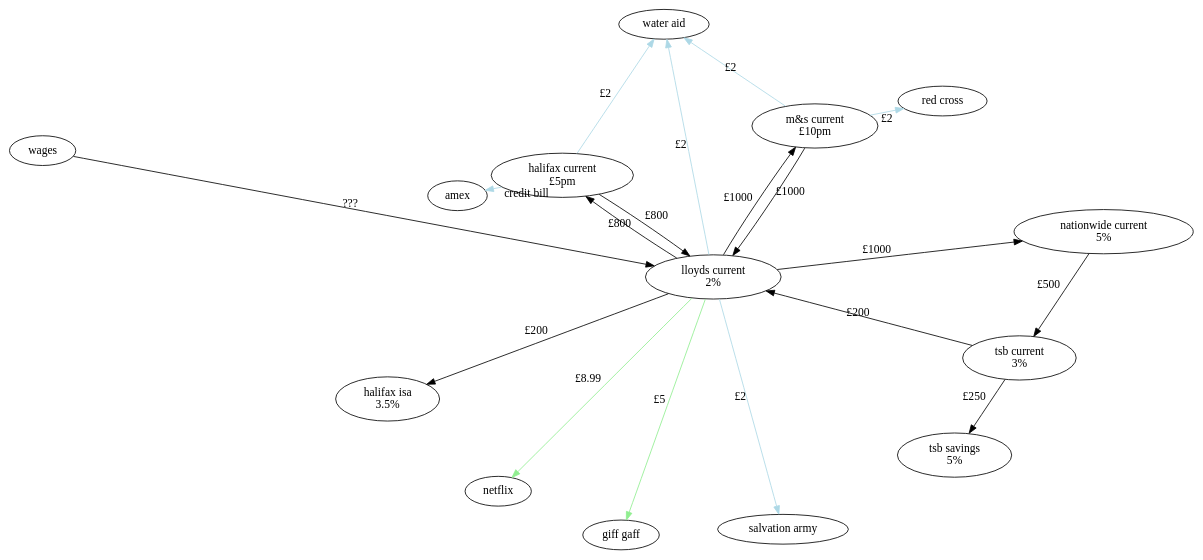
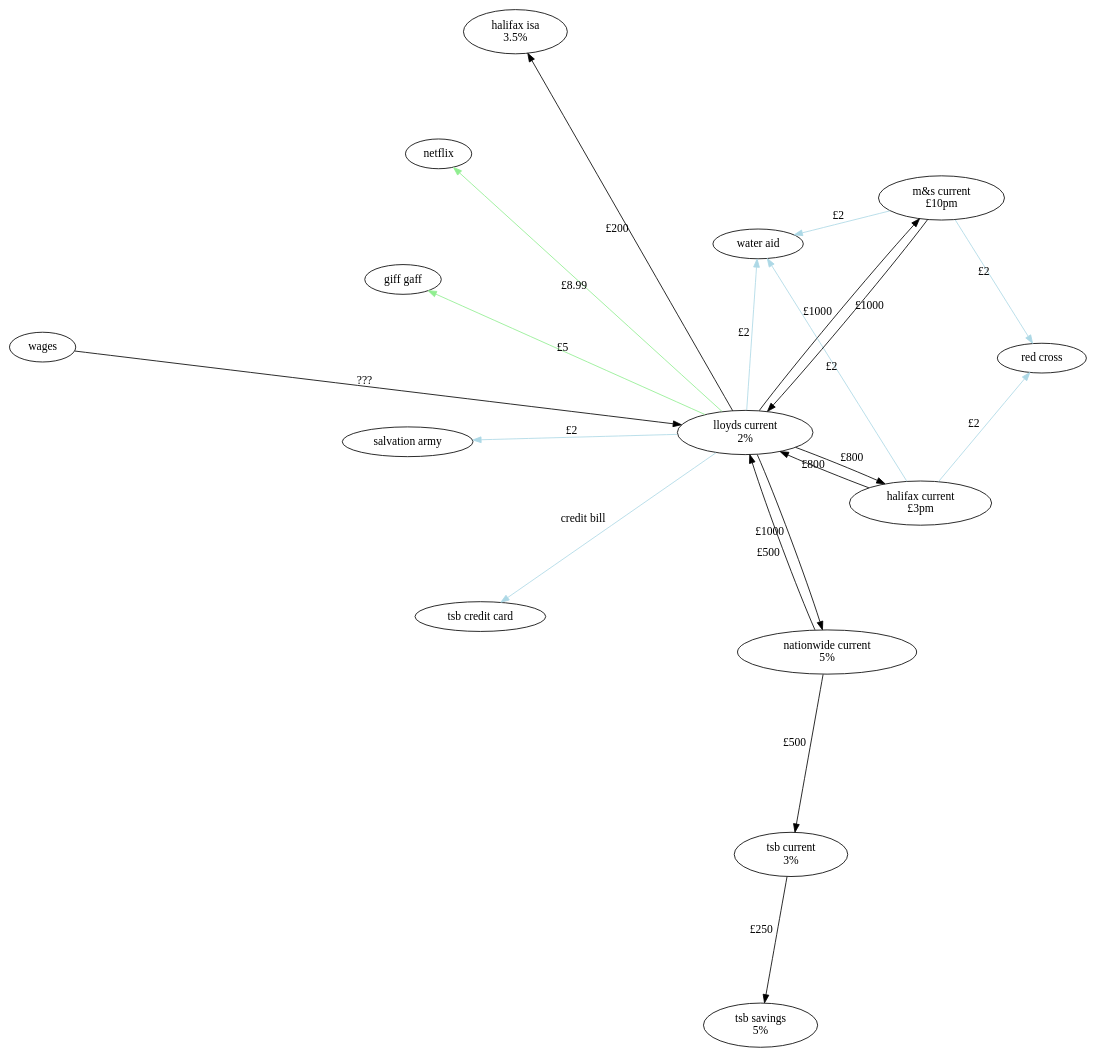
The diagram in diagram.dot (jsdelivrbot/bank-flow), drawn with Graphviz before and after one commit. The commit also changed 1 other file, not shown here.

```diff
--- a/diagram.dot
+++ b/diagram.dot
@@ -1,37 +1,38 @@
 digraph "bank-flow" {
   layout = circo
 
   wages [width="1"];
   lloydsCurrent [label="lloyds current\n2%"];
   tsbCurrent [label="tsb current\n3%"];
   tsbSavings [label="tsb savings\n5%"];
-  halifaxCurrent [label="halifax current\n£5pm"];
+  halifaxCurrent [label="halifax current\n£3pm"];
   halifaxIsa [label="halifax isa\n3.5%"];
   netflix;
   giffGaff [label="giff gaff"];
   mAndS [label="m&s current\n£10pm"];
   salvationArmy [label="salvation army"];
   waterAid [label="water aid"];
-  amex;
+  tsbCreditCard [label="tsb credit card"];
   redCross [label="red cross"];
   nationwideCurrent [label="nationwide current\n5%"];
 
+  halifaxCurrent -> lloydsCurrent [label="£800"];
+  halifaxCurrent -> waterAid [color="lightblue", label="£2"];
+  halifaxCurrent -> redCross [color="lightblue", label="£2"];
+  mAndS -> lloydsCurrent [label="£1000"];
   mAndS -> waterAid [color="lightblue", label="£2"];
   mAndS -> redCross [color="lightblue", label="£2"];
-  wages -> lloydsCurrent [label="???"];
   lloydsCurrent -> netflix [color="lightgreen", label="£8.99"];
   lloydsCurrent -> giffGaff [color="lightgreen", label="£5"];
   lloydsCurrent -> salvationArmy [color="lightblue", label="£2"];
   lloydsCurrent -> waterAid [color="lightblue", label="£2"];
   lloydsCurrent -> halifaxCurrent [label="£800"];
   lloydsCurrent -> nationwideCurrent [label="£1000"];
   lloydsCurrent -> mAndS [label="£1000"];
-  mAndS -> lloydsCurrent [label="£1000"];
+  lloydsCurrent -> tsbCreditCard [color="lightblue", label="credit bill"];
+  lloydsCurrent -> halifaxIsa [label="£200"];
   nationwideCurrent -> tsbCurrent [label="£500"];
-  halifaxCurrent -> lloydsCurrent [label="£800"];
-  lloydsCurrent -> halifaxIsa [label="£200"];
+  nationwideCurrent -> lloydsCurrent [label="£500"];
   tsbCurrent -> tsbSavings [label="£250"];
-  tsbCurrent -> lloydsCurrent [label="£200"];
-  halifaxCurrent -> waterAid [color="lightblue", label="£2"];
-  halifaxCurrent -> amex [color="lightblue", label="credit bill"];
+  wages -> lloydsCurrent [label="???"];
 }
```
